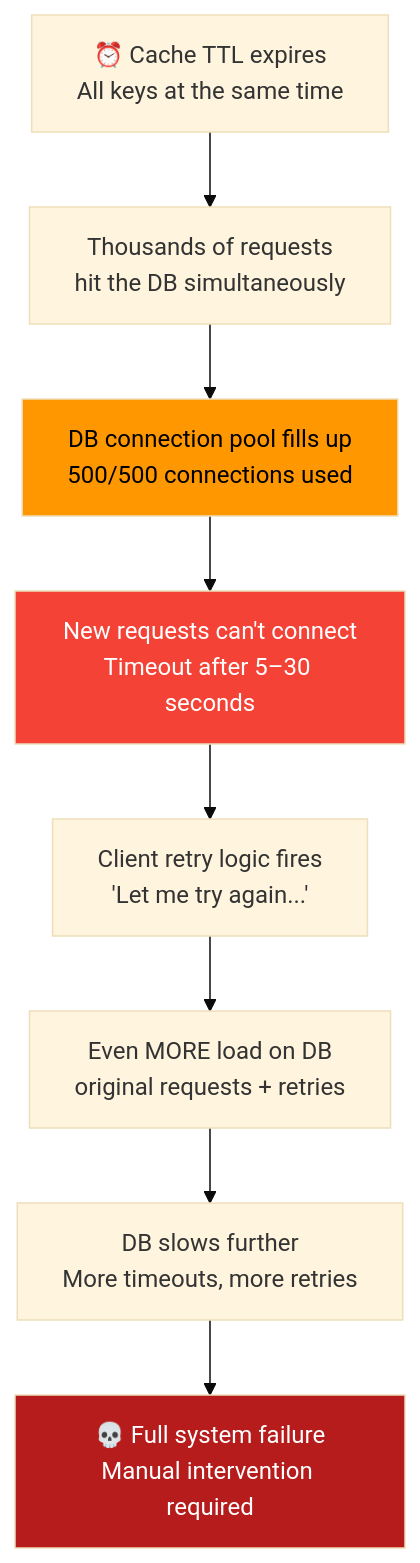
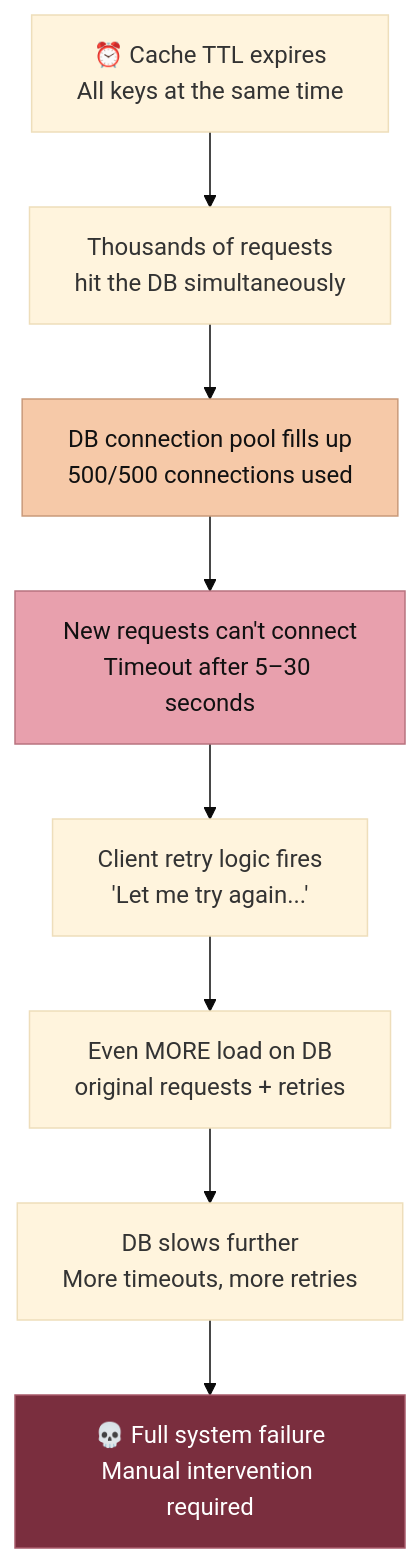
Before and after one commit to g-savitha/gsavitha.in: the fourth of 9 diagrams in src/content/blog/thundering-herd.md, drawn with Mermaid (base theme). The commit also changed 6 other files, not shown here.

Commit message:
Mermaid: keep <br/> in labels, softer shared palette, drop temporary classDefs

````diff
--- a/src/content/blog/thundering-herd.md
+++ b/src/content/blog/thundering-herd.md
@@ -145,14 +145,14 @@
 ```mermaid
 flowchart TD
     A["⏰ Cache TTL expires\nAll keys at the same time"] --> B["Thousands of requests\nhit the DB simultaneously"]
     B --> C["DB connection pool fills up\n500/500 connections used"]
     C --> D["New requests can't connect\nTimeout after 5–30 seconds"]
     D --> E["Client retry logic fires\n'Let me try again...'"]
     E --> F["Even MORE load on DB\noriginal requests + retries"]
     F --> G["DB slows further\nMore timeouts, more retries"]
     G --> H["💀 Full system failure\nManual intervention required"]
 
-    style C fill:#ff9800,color:#000
-    style D fill:#f44336,color:#fff
-    style H fill:#b71c1c,color:#fff
+    style C fill:#f6c9a8,stroke:#c99a7a,color:#111111
+    style D fill:#e8a0ad,stroke:#b8737f,color:#111111
+    style H fill:#7a2e3e,stroke:#a85a6a,color:#ffffff
 ```
````
